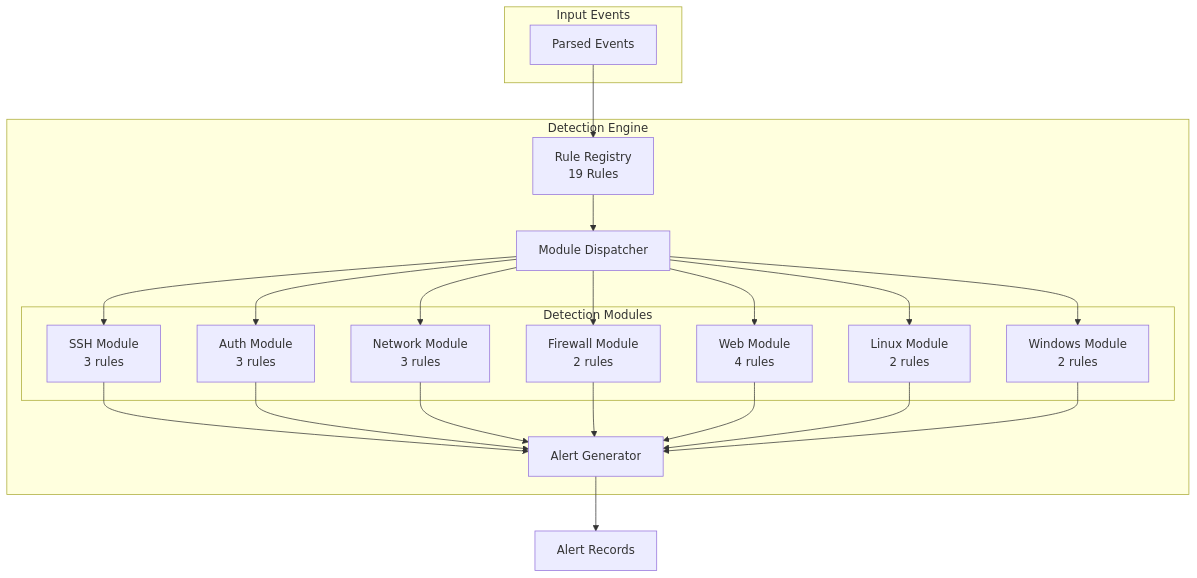
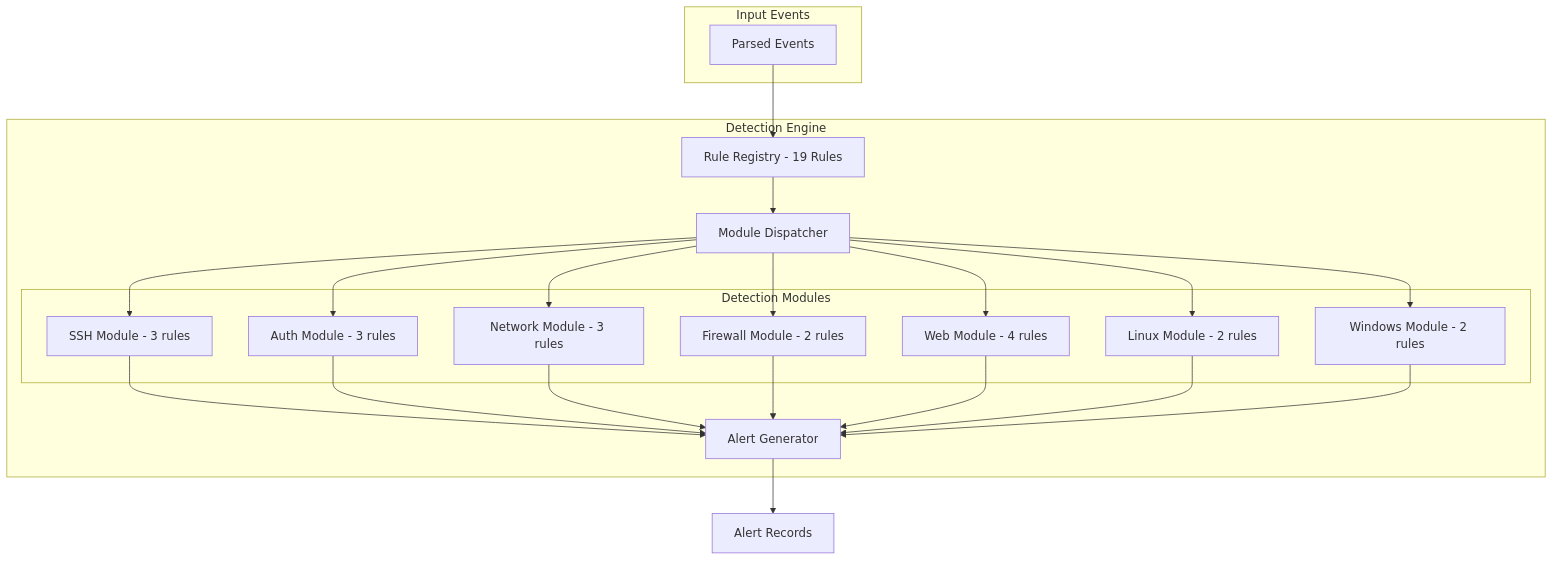
One commit to Shravani-kurkute/SOC-Analayzer changed the diagram in docs/RULES.md. Above: the diagram before and after it, drawn with Mermaid. The commit also changed 3 other files, not shown here.

First line of the commit message:
docs: fix GitHub Mermaid compatibility

````diff
--- a/docs/RULES.md
+++ b/docs/RULES.md
@@ -35,41 +35,41 @@
 ```mermaid
 flowchart TB
     subgraph Engine["Detection Engine"]
-        R["Rule Registry<br/>19 Rules"]
+        R["Rule Registry - 19 Rules"]
         M["Module Dispatcher"]
         
         subgraph Modules["Detection Modules"]
-            SSH["SSH Module<br/>3 rules"]
-            AUTH["Auth Module<br/>3 rules"]
-            NET["Network Module<br/>3 rules"]
-            FW["Firewall Module<br/>2 rules"]
-            WEB["Web Module<br/>4 rules"]
-            LIN["Linux Module<br/>2 rules"]
-            WIN["Windows Module<br/>2 rules"]
+            SSH["SSH Module - 3 rules"]
+            AUTH["Auth Module - 3 rules"]
+            NET["Network Module - 3 rules"]
+            FW["Firewall Module - 2 rules"]
+            WEB["Web Module - 4 rules"]
+            LIN["Linux Module - 2 rules"]
+            WIN["Windows Module - 2 rules"]
         end
         
         E["Alert Generator"]
     end
     
     subgraph Input["Input Events"]
         PE["Parsed Events"]
     end
     
     PE --> R
     R --> M
     M --> SSH
     M --> AUTH
     M --> NET
     M --> FW
     M --> WEB
     M --> LIN
     M --> WIN
     SSH --> E
     AUTH --> E
     NET --> E
     FW --> E
     WEB --> E
     LIN --> E
     WIN --> E
     E --> AL["Alert Records"]
 ```
````
